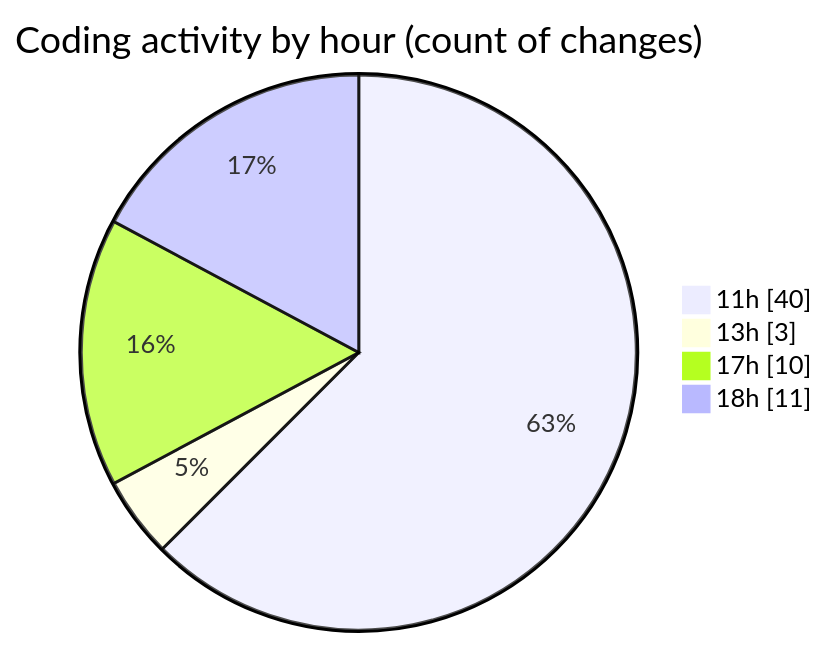
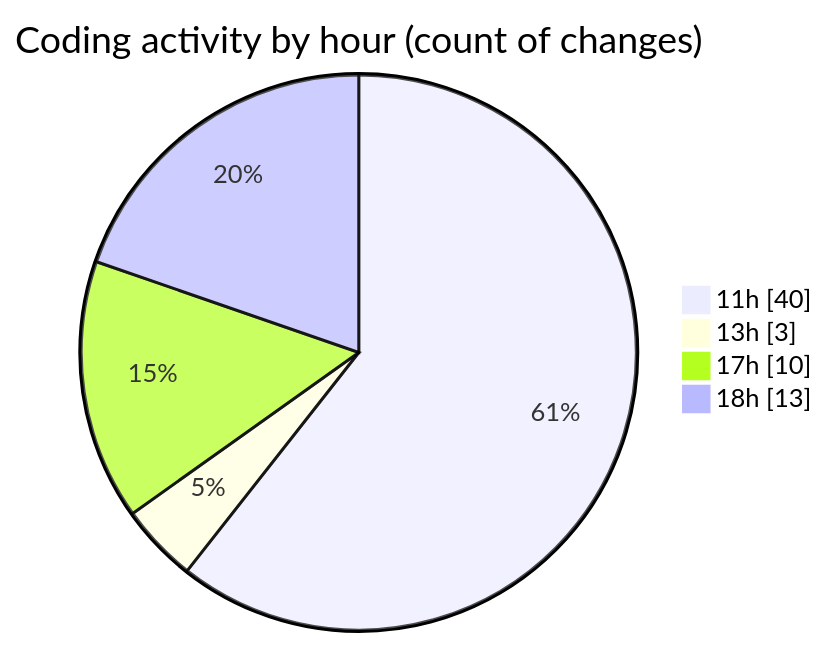
One commit to charlie-sans/code-tracking changed the second of 2 diagrams in 2025-04-30/uhigh-lang/README.md. Above: the diagram before and after it, drawn with Mermaid. The commit also changed other lines of this file and 1 other file, not shown here.

````diff
--- a/2025-04-30/uhigh-lang/README.md
+++ b/2025-04-30/uhigh-lang/README.md
@@ -37,8 +37,8 @@
 ```mermaid
 pie showData
 title Coding activity by hour (count of changes)
 "11h" : 40
 "13h" : 3
 "17h" : 10
-"18h" : 11
+"18h" : 13
 ```
````
